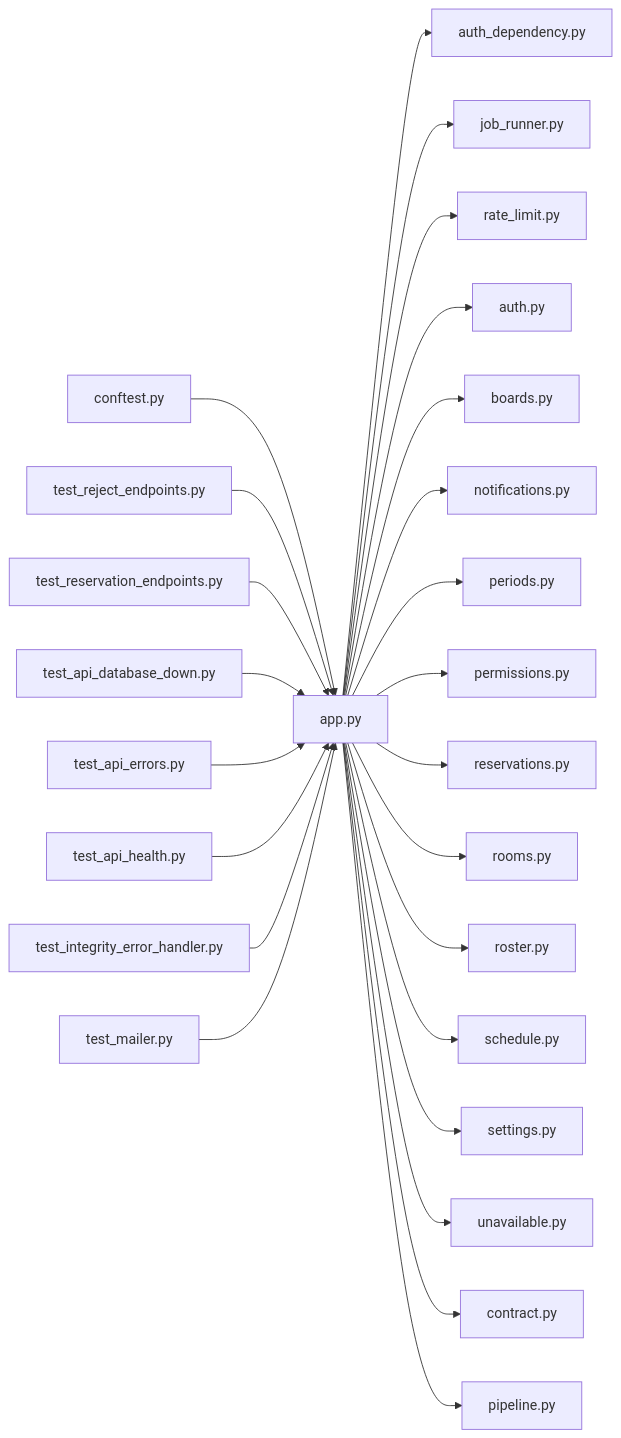
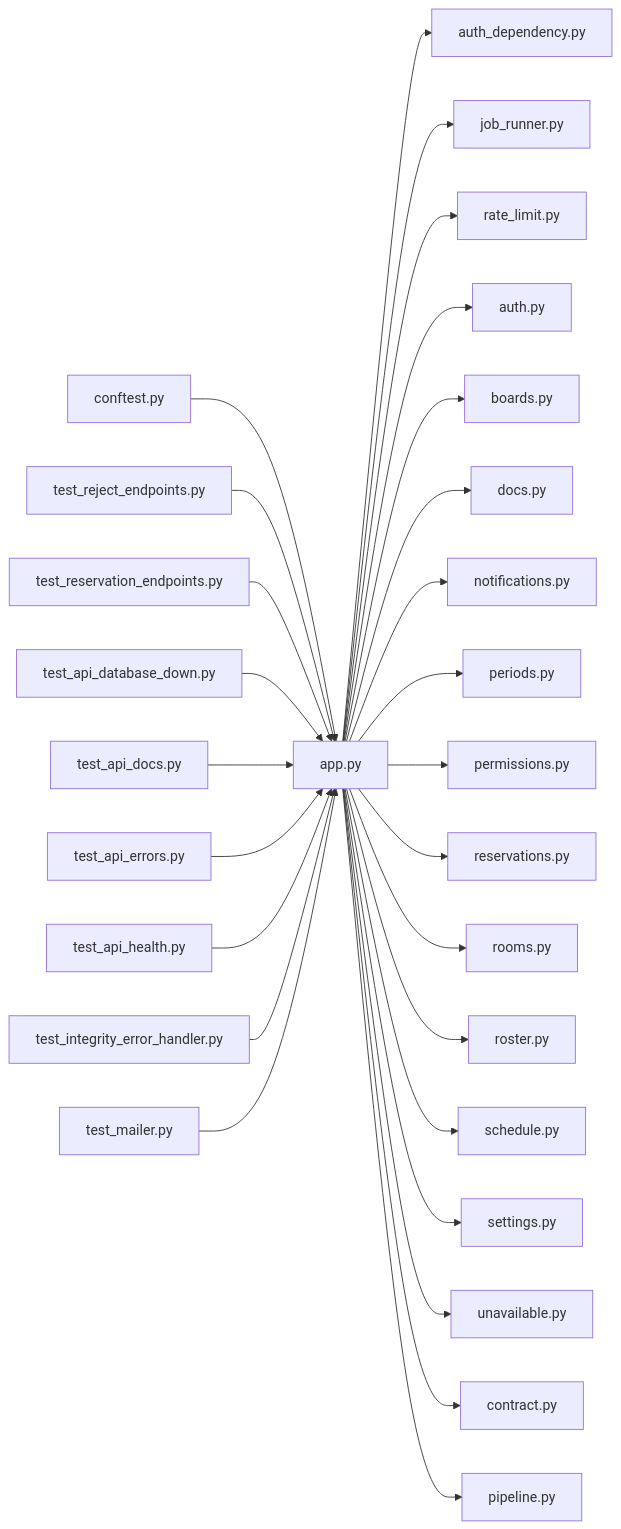
Before and after one commit to minkong-dev/Banblit: the diagram in .cluedoc/graph/backend/src/backend/api/app.md, drawn with Mermaid. The commit also changed other lines of this file and 12 other files, not shown here.

````diff
--- a/.cluedoc/graph/backend/src/backend/api/app.md
+++ b/.cluedoc/graph/backend/src/backend/api/app.md
@@ -10,28 +10,30 @@
 ```mermaid
 flowchart LR
   backend_src_backend_api_app["app.py"]
   backend_src_backend_api_app --> backend_src_backend_api_auth_dependency["auth_dependency.py"]
   backend_src_backend_api_app --> backend_src_backend_api_job_runner["job_runner.py"]
   backend_src_backend_api_app --> backend_src_backend_api_rate_limit["rate_limit.py"]
   backend_src_backend_api_app --> backend_src_backend_api_routers_auth["auth.py"]
   backend_src_backend_api_app --> backend_src_backend_api_routers_boards["boards.py"]
+  backend_src_backend_api_app --> backend_src_backend_api_routers_docs["docs.py"]
   backend_src_backend_api_app --> backend_src_backend_api_routers_notifications["notifications.py"]
   backend_src_backend_api_app --> backend_src_backend_api_routers_periods["periods.py"]
   backend_src_backend_api_app --> backend_src_backend_api_routers_permissions["permissions.py"]
   backend_src_backend_api_app --> backend_src_backend_api_routers_reservations["reservations.py"]
   backend_src_backend_api_app --> backend_src_backend_api_routers_rooms["rooms.py"]
   backend_src_backend_api_app --> backend_src_backend_api_routers_roster["roster.py"]
   backend_src_backend_api_app --> backend_src_backend_api_routers_schedule["schedule.py"]
   backend_src_backend_api_app --> backend_src_backend_api_routers_settings["settings.py"]
   backend_src_backend_api_app --> backend_src_backend_api_routers_unavailable["unavailable.py"]
   backend_src_backend_api_app --> backend_src_backend_contract["contract.py"]
   backend_src_backend_api_app --> backend_src_backend_db_pipeline["pipeline.py"]
   backend_tests_conftest["conftest.py"] --> backend_src_backend_api_app
   backend_tests_integration_db_test_reject_endpoints["test_reject_endpoints.py"] --> backend_src_backend_api_app
   backend_tests_integration_db_test_reservation_endpoints["test_reservation_endpoints.py"] --> backend_src_backend_api_app
   backend_tests_unit_test_api_database_down["test_api_database_down.py"] --> backend_src_backend_api_app
+  backend_tests_unit_test_api_docs["test_api_docs.py"] --> backend_src_backend_api_app
   backend_tests_unit_test_api_errors["test_api_errors.py"] --> backend_src_backend_api_app
   backend_tests_unit_test_api_health["test_api_health.py"] --> backend_src_backend_api_app
   backend_tests_unit_test_integrity_error_handler["test_integrity_error_handler.py"] --> backend_src_backend_api_app
   backend_tests_unit_test_mailer["test_mailer.py"] --> backend_src_backend_api_app
 ```
````
